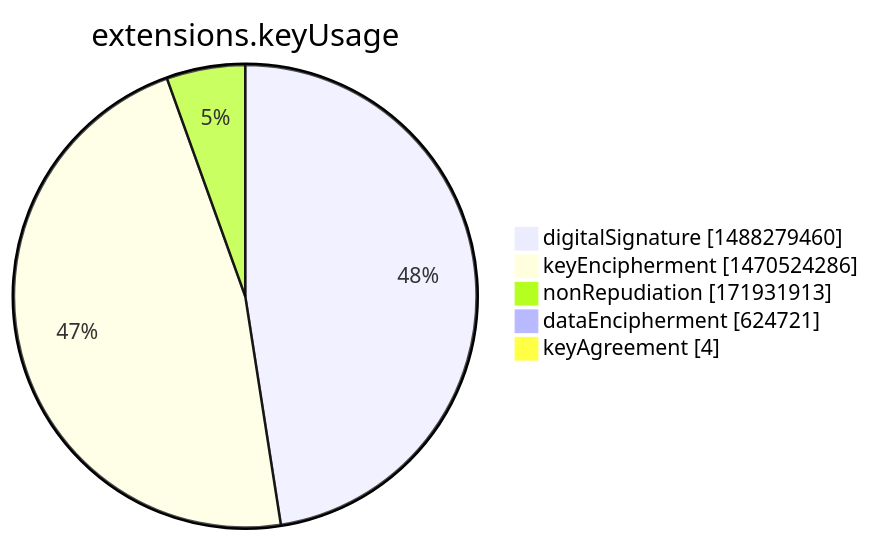
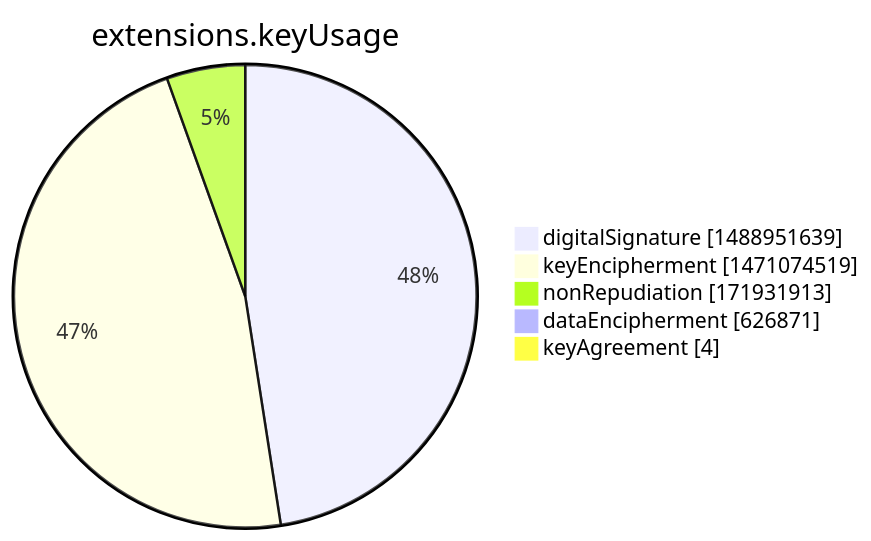
Before and after one commit to christiankrug/ctmonitor_visualization: the seventh of 15 diagrams in argon2022/README.md, drawn with Mermaid. The commit also changed other lines of this file, not shown here.

````diff
--- a/argon2022/README.md
+++ b/argon2022/README.md
@@ -2751,9 +2751,9 @@
 ```mermaid
 pie showData
 title extensions.keyUsage
-"digitalSignature" :1488279460
-"keyEncipherment" :1470524286
+"digitalSignature" :1488951639
+"keyEncipherment" :1471074519
 "nonRepudiation" :171931913
-"dataEncipherment" :624721
+"dataEncipherment" :626871
 "keyAgreement" :4
 ```
````
